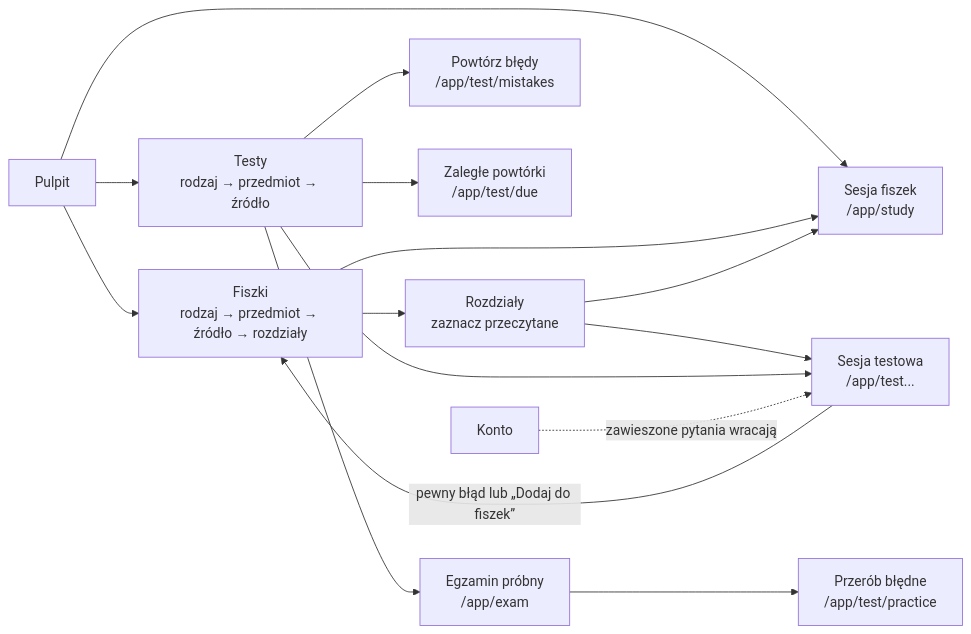
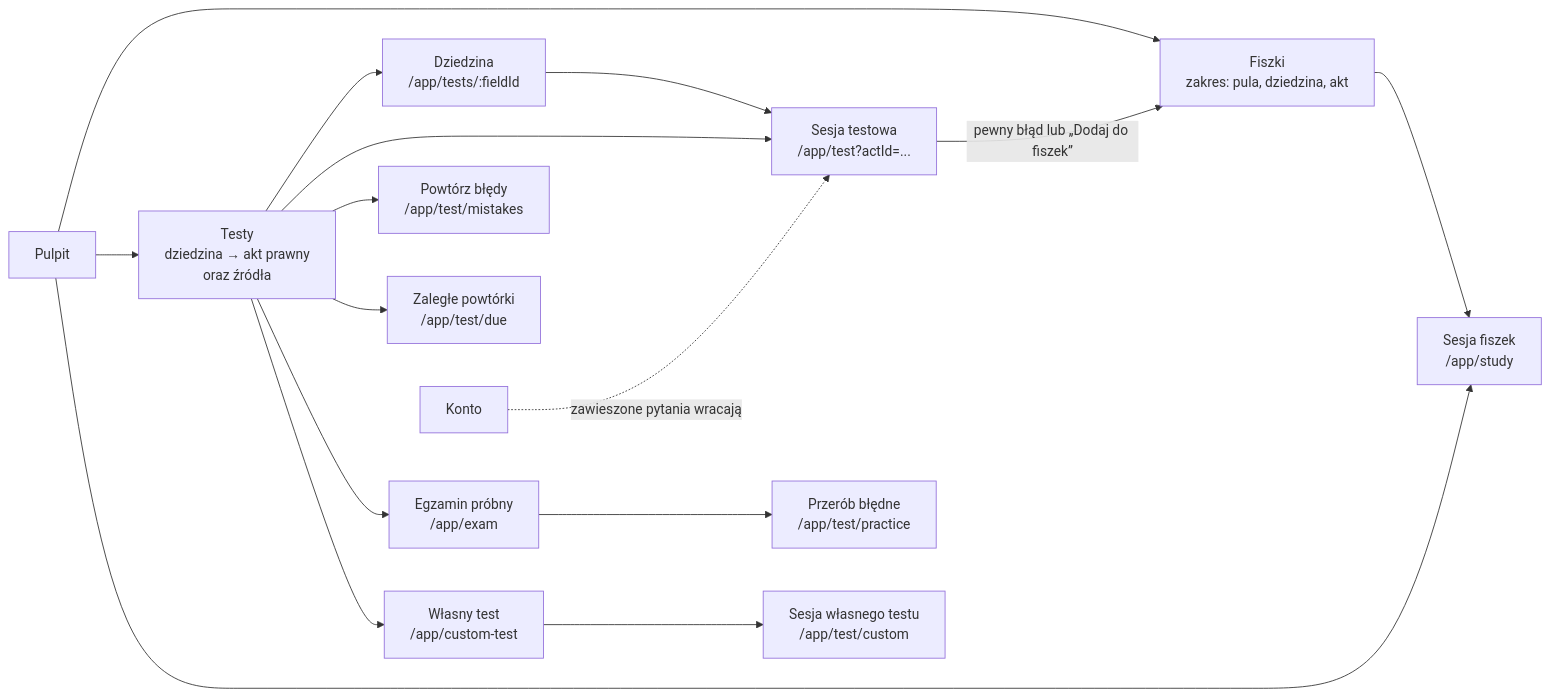
One commit to YellowHand/tutlaw-frontend changed the second of 2 diagrams in docs/02-routing-i-strony.md. Above: the diagram before and after it, drawn with Mermaid. The commit also changed other lines of this file and 183 other files, not shown here.

````diff
--- a/docs/02-routing-i-strony.md
+++ b/docs/02-routing-i-strony.md
@@ -94,17 +90,18 @@
 ```mermaid
 flowchart LR
-    DASH["Pulpit"] --> FISZ["Fiszki<br/>rodzaj → przedmiot → źródło → rozdziały"]
-    DASH --> TESTY["Testy<br/>rodzaj → przedmiot → źródło"]
+    DASH["Pulpit"] --> FISZ["Fiszki<br/>zakres: pula, dziedzina, akt"]
+    DASH --> TESTY["Testy<br/>dziedzina → akt prawny<br/>oraz źródła"]
     DASH --> SESF["Sesja fiszek<br/>/app/study"]
     FISZ --> SESF
-    FISZ --> ROZ["Rozdziały<br/>zaznacz przeczytane"]
-    ROZ --> SESF
-    ROZ --> SEST
-    TESTY --> SEST["Sesja testowa<br/>/app/test..."]
+    TESTY --> POLE["Dziedzina<br/>/app/tests/:fieldId"]
+    POLE --> SEST["Sesja testowa<br/>/app/test?actId=..."]
+    TESTY --> SEST
     TESTY --> BLEDY["Powtórz błędy<br/>/app/test/mistakes"]
     TESTY --> ZAL["Zaległe powtórki<br/>/app/test/due"]
     TESTY --> EGZ["Egzamin próbny<br/>/app/exam"]
+    TESTY --> WLASNY["Własny test<br/>/app/custom-test"]
+    WLASNY --> SESC["Sesja własnego testu<br/>/app/test/custom"]
     EGZ --> PRAK["Przerób błędne<br/>/app/test/practice"]
     SEST -- "pewny błąd lub „Dodaj do fiszek”" --> FISZ
     KONTO["Konto"] -. "zawieszone pytania wracają" .-> SEST
 ```
````
